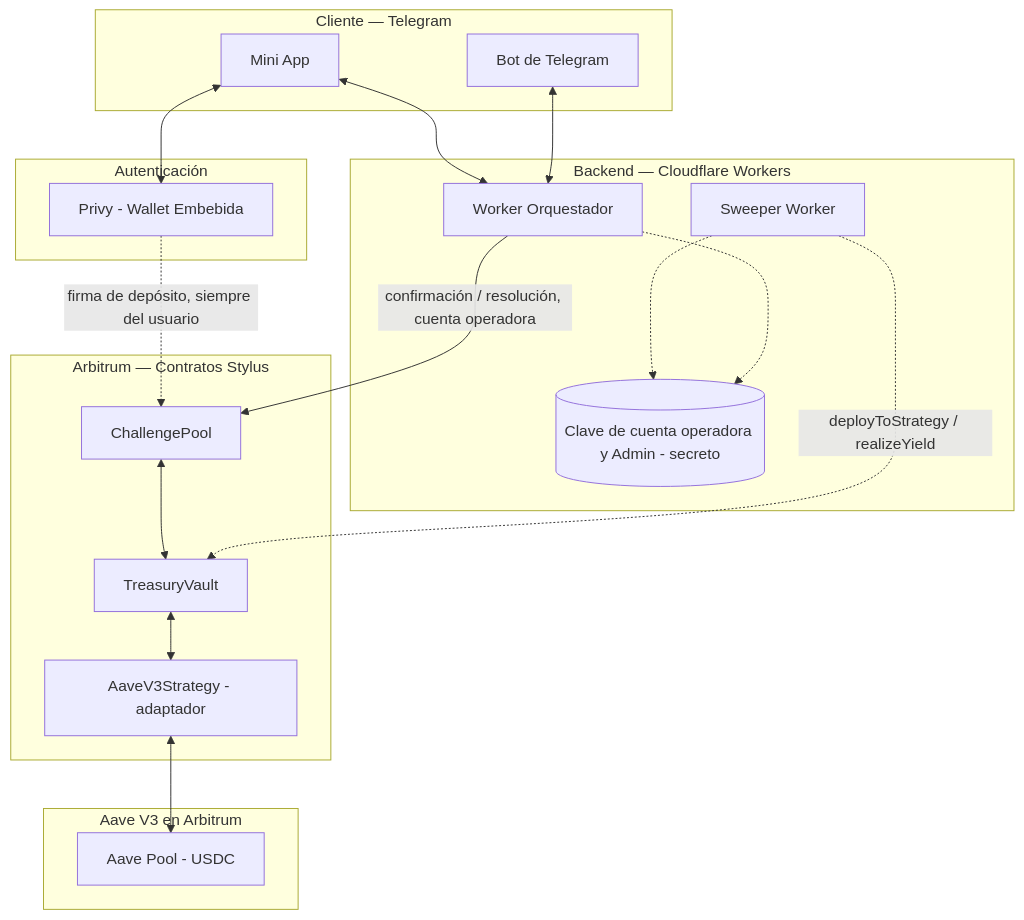
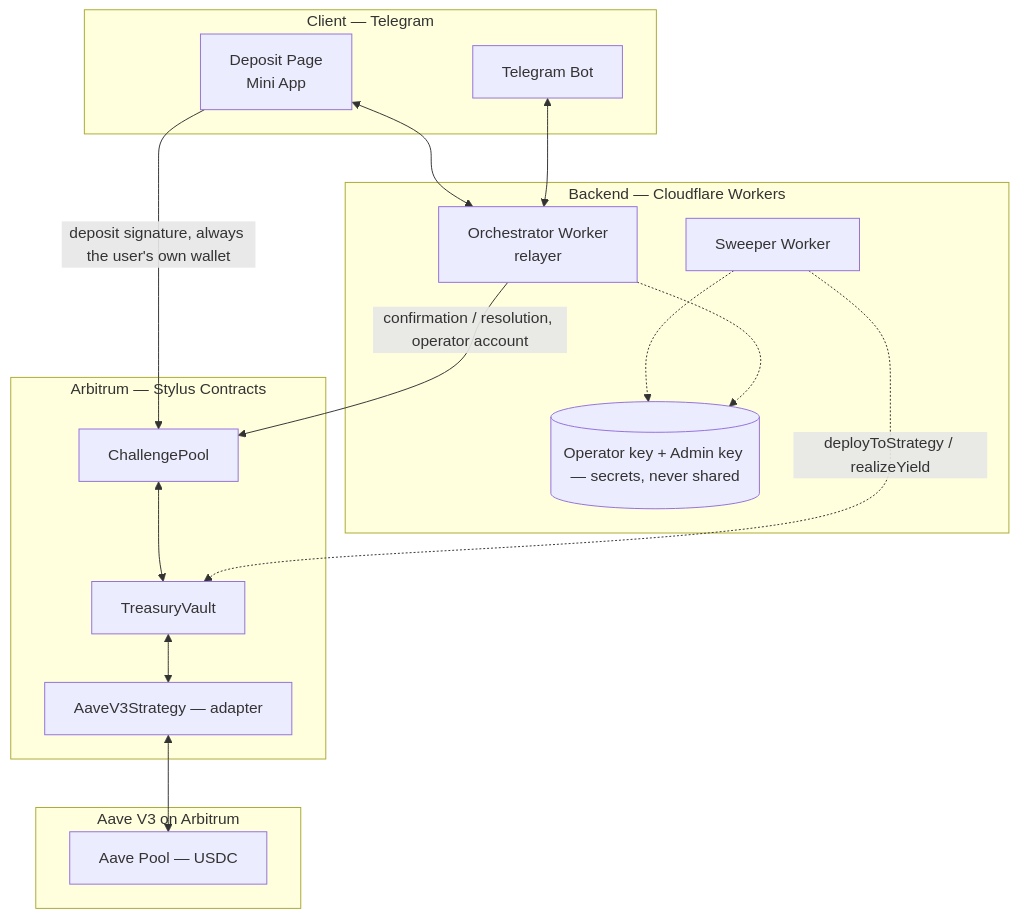
Before and after one commit to Zer0-Knowledge-Hack/otter-pot: the first of 2 diagrams in README.md, drawn with Mermaid. The commit also changed other lines of this file, not shown here.

````diff
--- a/README.md
+++ b/README.md
@@ -30,39 +26,34 @@
 ```mermaid
 graph TB
-    subgraph Cliente["Cliente — Telegram"]
-        TGBot[Bot de Telegram]
-        MiniApp[Mini App]
-    end
-
-    subgraph Auth["Autenticación"]
-        Privy[Privy - Wallet Embebida]
+    subgraph Client["Client — Telegram"]
+        TGBot[Telegram Bot]
+        MiniApp[Deposit Page<br/>Mini App]
     end
 
     subgraph Backend["Backend — Cloudflare Workers"]
-        Worker[Worker Orquestador]
+        Worker[Orchestrator Worker<br/>relayer]
         Sweeper[Sweeper Worker]
-        Secrets[(Clave de cuenta operadora y Admin - secreto)]
+        Secrets[(Operator key + Admin key — secrets, never shared)]
     end
 
-    subgraph Chain["Arbitrum — Contratos Stylus"]
+    subgraph Chain["Arbitrum — Stylus Contracts"]
         CP[ChallengePool]
         TV[TreasuryVault]
-        YS[AaveV3Strategy - adaptador]
+        YS[AaveV3Strategy — adapter]
     end
 
-    subgraph External["Aave V3 en Arbitrum"]
-        Pool[Aave Pool - USDC]
+    subgraph External["Aave V3 on Arbitrum"]
+        Pool[Aave Pool — USDC]
     end
 
     TGBot <--> Worker
-    MiniApp <--> Privy
+    MiniApp -->|deposit signature, always the user's own wallet| CP
     MiniApp <--> Worker
-    Privy -.->|firma de depósito, siempre del usuario| CP
-    Worker -->|confirmación / resolución, cuenta operadora| CP
+    Worker -->|confirmation / resolution, operator account| CP
     Sweeper -.->|deployToStrategy / realizeYield| TV
     Worker -.-> Secrets
     Sweeper -.-> Secrets
     CP <--> TV
     TV <--> YS
     YS <--> Pool
 ```
````
